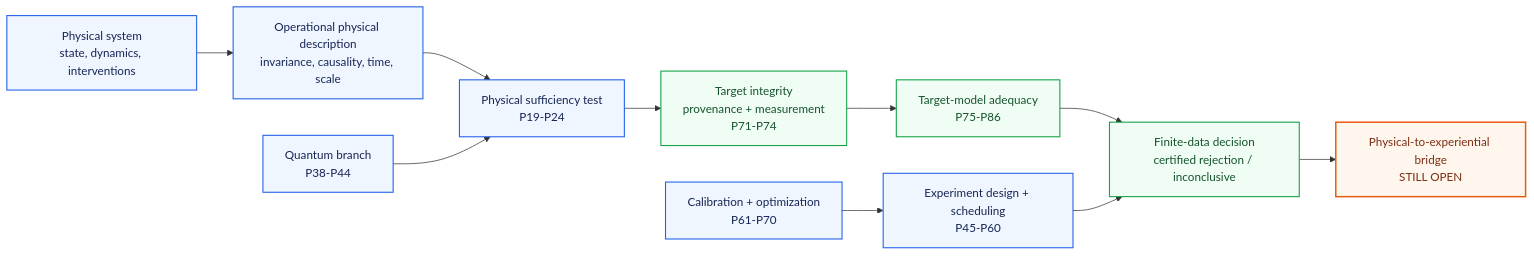
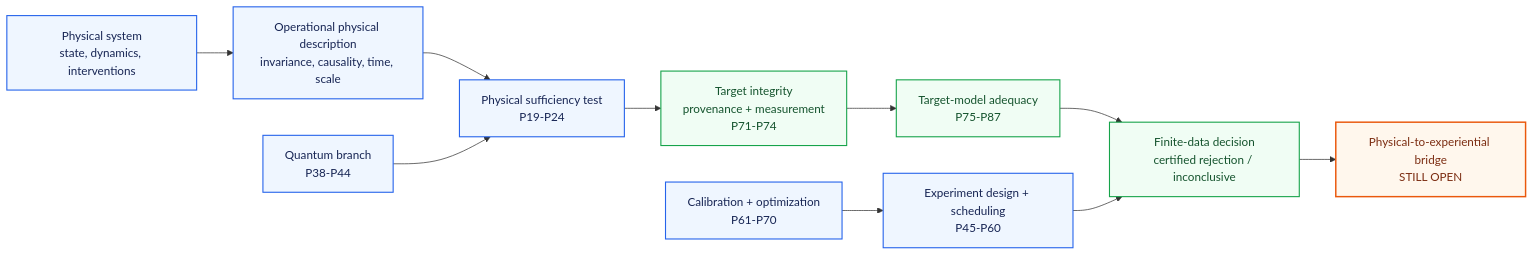
One commit to MahsaKeikha/mathematical-consciousness-bridge changed the diagram in START_HERE.md. Above: the diagram before and after it, drawn with Mermaid. The commit also changed other lines of this file and 39 other files, not shown here.

````diff
--- a/START_HERE.md
+++ b/START_HERE.md
@@ -19,20 +19,20 @@
 ```mermaid
 flowchart LR
     A[Physical system\nstate, dynamics, interventions] --> B[Operational physical description\ninvariance, causality, time, scale]
     B --> C[Physical sufficiency test\nP19-P24]
     C --> D[Target integrity\nprovenance + measurement\nP71-P74]
-    D --> E[Target-model adequacy\nP75-P86]
+    D --> E[Target-model adequacy\nP75-P87]
     E --> F[Finite-data decision\ncertified rejection / inconclusive]
     F --> G[Physical-to-experiential bridge\nSTILL OPEN]
 
     H[Quantum branch\nP38-P44] --> C
     I[Experiment design + scheduling\nP45-P60] --> F
     J[Calibration + optimization\nP61-P70] --> I
 
     classDef open fill:#fff7ed,stroke:#ea580c,stroke-width:2px,color:#7c2d12;
     classDef core fill:#eff6ff,stroke:#2563eb,stroke-width:1.5px,color:#172554;
     classDef target fill:#f0fdf4,stroke:#16a34a,stroke-width:1.5px,color:#14532d;
     class A,B,C,H,I,J core;
     class D,E,F target;
     class G open;
 ```
````
